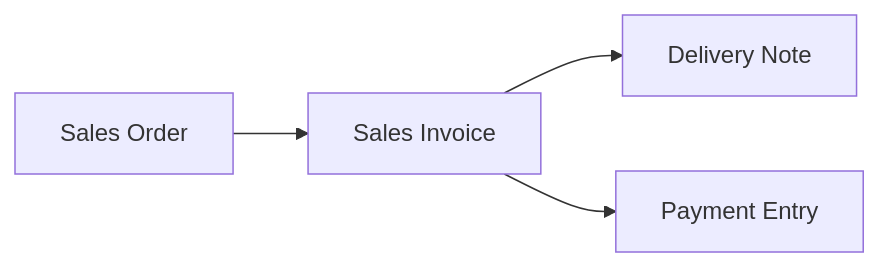
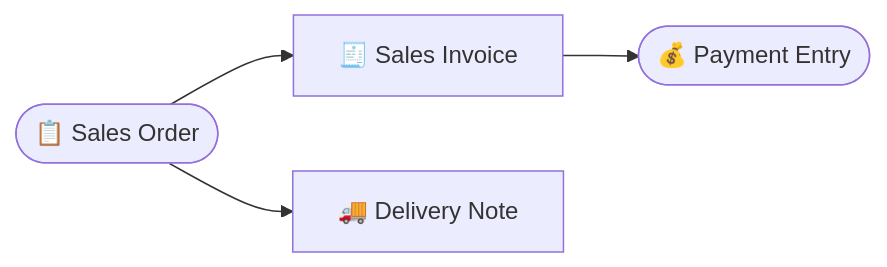
Before and after one commit to RimbunCode/erp_pataya: the third of 3 diagrams in docs/tutorials/03-alur-penjualan.md, drawn with Mermaid. The commit also changed other lines of this file and 14 other files, not shown here.

````diff
--- a/docs/tutorials/03-alur-penjualan.md
+++ b/docs/tutorials/03-alur-penjualan.md
@@ -79,5 +78,5 @@
 ```mermaid
 flowchart LR
-    SO[Sales Order] --> SI[Sales Invoice] --> DN[Delivery Note]
-    SI --> PE[Payment Entry]
+    SO(["📋 Sales Order"]) --> SI["🧾 Sales Invoice"] --> PE(["💰 Payment Entry"])
+    SO --> DN["🚚 Delivery Note"]
 ```
````
